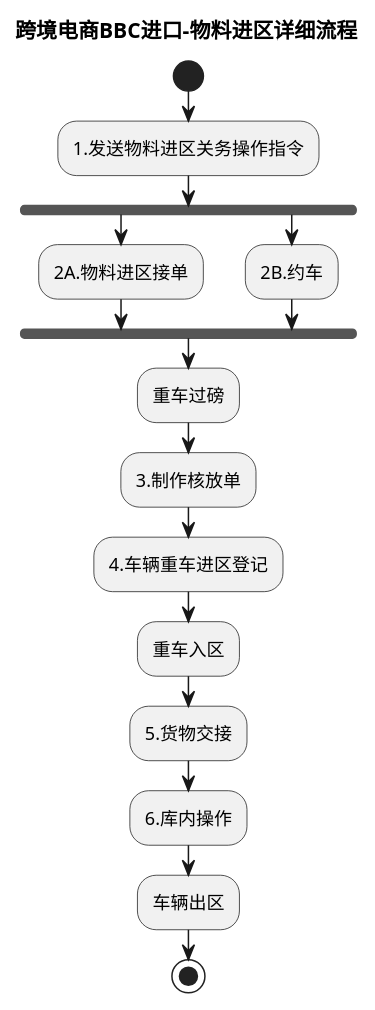
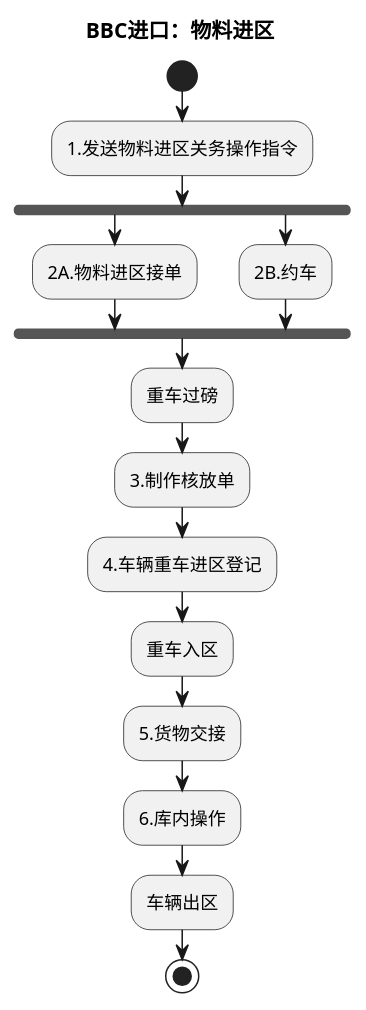
One commit to jack888332/projects-doc changed the tenth of 12 diagrams in product-caliber/goldjet/segmented-prd/mainflow/PRD.高捷物流系统一期.主流程.06.跨境电商BBC进口详细流程.md. Above: the diagram before and after it, drawn with PlantUML. The commit also changed other lines of this file and 20 other files, not shown here.

Commit message:
优化流程表对应的DLS图

````diff
--- a/product-caliber/goldjet/segmented-prd/mainflow/PRD.高捷物流系统一期.主流程.06.跨境电商BBC进口详细流程.md
+++ b/product-caliber/goldjet/segmented-prd/mainflow/PRD.高捷物流系统一期.主流程.06.跨境电商BBC进口详细流程.md
@@ -363,20 +384,21 @@
 ```plantuml
 @startuml
-title 跨境电商BBC进口-物料进区详细流程
+skinparam activityDiamondBackgroundColor #FFF4CC
+title BBC进口：物料进区
 start
 :1.发送物料进区关务操作指令;
 fork
   :2A.物料进区接单;
 fork again
   :2B.约车;
 end fork
 :重车过磅;
 :3.制作核放单;
 :4.车辆重车进区登记;
 :重车入区;
 :5.货物交接;
 :6.库内操作;
 :车辆出区;
 stop
 @enduml
 ```
````
